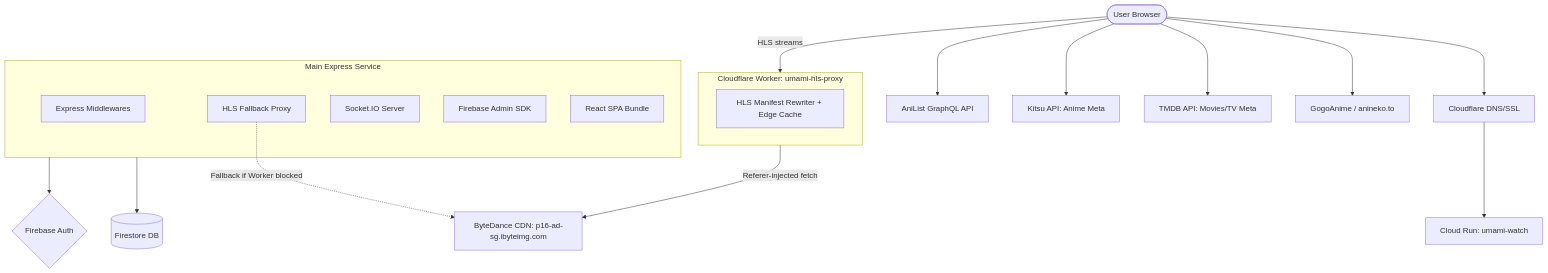
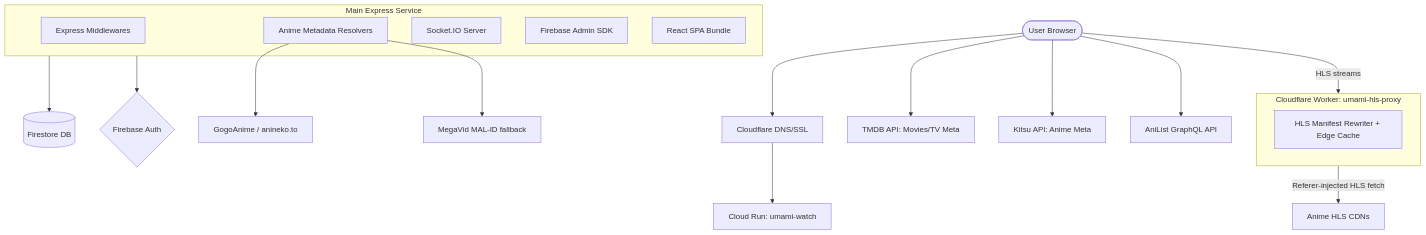
One commit to kiiro-tenshi/umami-watch changed the first of 2 diagrams in README.md. Above: the diagram before and after it, drawn with Mermaid. The commit also changed other lines of this file and 15 other files, not shown here.

First line of the commit message:
fix(anime): add resilient HLS fallback

````diff
--- a/README.md
+++ b/README.md
@@ -14,30 +14,28 @@
 ```mermaid
 graph TD
     User([User Browser]) --> CF[Cloudflare DNS/SSL]
     CF --> CR_Main[Cloud Run: umami-watch]
 
     subgraph CR_Main_Sub [Main Express Service]
         Express[Express Middlewares]
-        HLS_Fallback[HLS Fallback Proxy]
+        AnimeResolver[Anime Metadata Resolvers]
         SocketIO[Socket.IO Server]
         AdminSDK[Firebase Admin SDK]
         Frontend[React SPA Bundle]
     end
 
     subgraph CFWorker [Cloudflare Worker: umami-hls-proxy]
         HLS_Worker[HLS Manifest Rewriter + Edge Cache]
     end
 
     CR_Main_Sub --> Firestore[(Firestore DB)]
     CR_Main_Sub --> Auth{Firebase Auth}
 
     User -->|HLS streams| CFWorker
-    CFWorker -->|Referer-injected fetch| ByteDanceCDN[ByteDance CDN: p16-ad-sg.ibyteimg.com]
-
-    HLS_Fallback -.->|Fallback if Worker blocked| ByteDanceCDN
-
-    User --> GogoAnime[GogoAnime / anineko.to]
+    CFWorker -->|Referer-injected HLS fetch| AnimeCDN[Anime HLS CDNs]
+    AnimeResolver --> GogoAnime[GogoAnime / anineko.to]
+    AnimeResolver --> MegaVid[MegaVid MAL-ID fallback]
     User --> TMDB[TMDB API: Movies/TV Meta]
     User --> Kitsu[Kitsu API: Anime Meta]
     User --> AniList[AniList GraphQL API]
 ```
````
